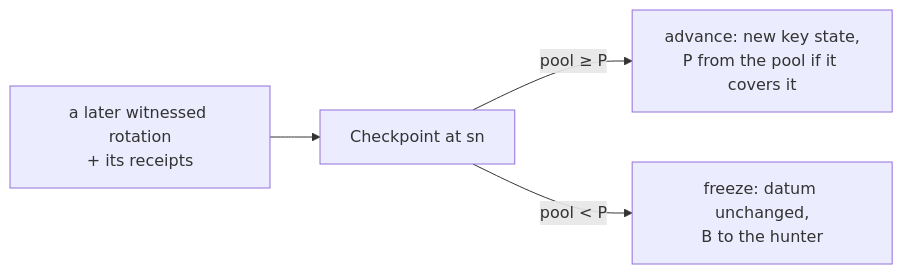
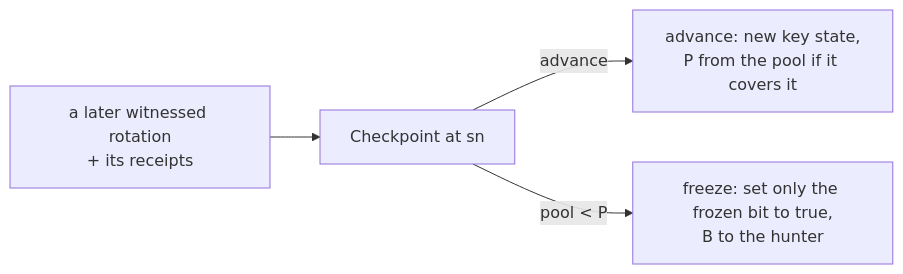
The fifth of 6 diagrams in docs/architecture/system.md (lambdasistemi/cardano-keri), drawn with Mermaid before and after one commit. The commit also changed other lines of this file and 42 other files, not shown here.

Commit message:
docs: align the freeze table, diagram and guides with the checkpoint datum

````diff
--- a/docs/architecture/system.md
+++ b/docs/architecture/system.md
@@ -146,11 +146,11 @@
 ```mermaid
 flowchart LR
     P["Checkpoint at sn"]
     EV["a later witnessed rotation<br/>+ its receipts"]
     ADV["advance: new key state,<br/>P from the pool if it covers it"]
-    FRZ["freeze: datum unchanged,<br/>B to the hunter"]
+    FRZ["freeze: set only the frozen bit to true,<br/>B to the hunter"]
 
     EV --> P
-    P -->|"pool ≥ P"| ADV
+    P -->|"advance"| ADV
     P -->|"pool < P"| FRZ
 ```
````
